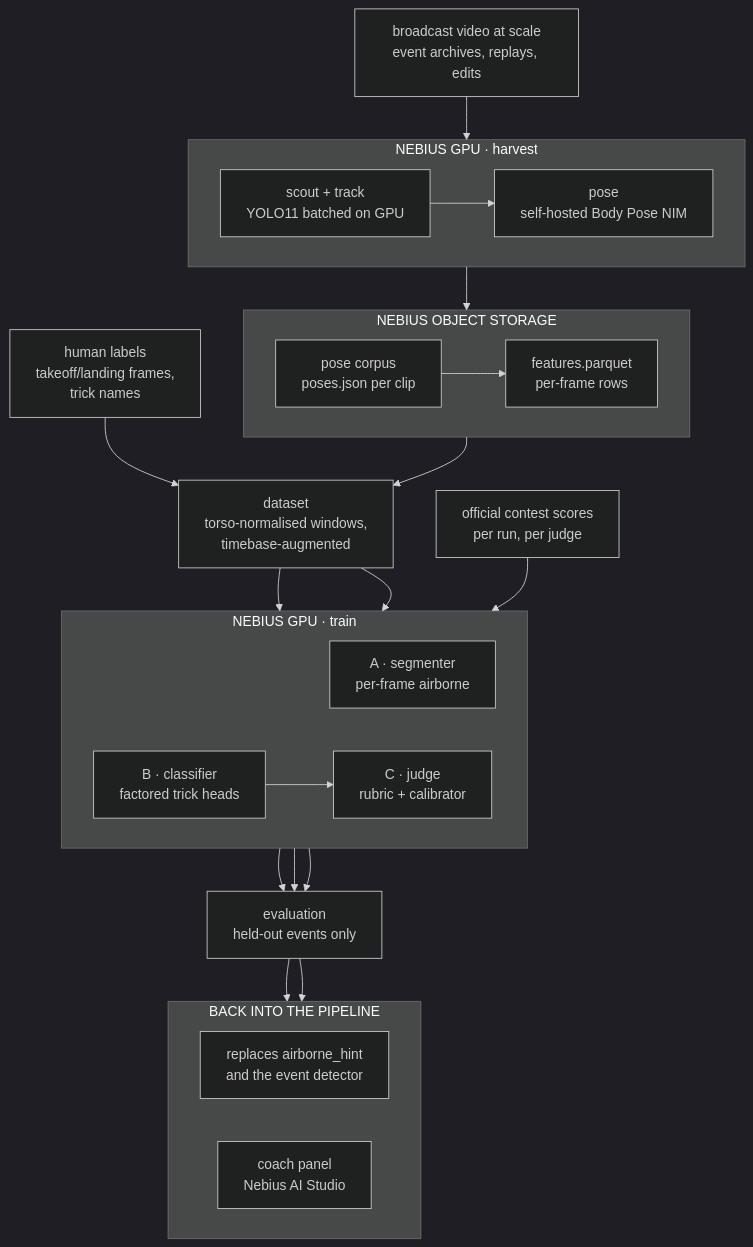
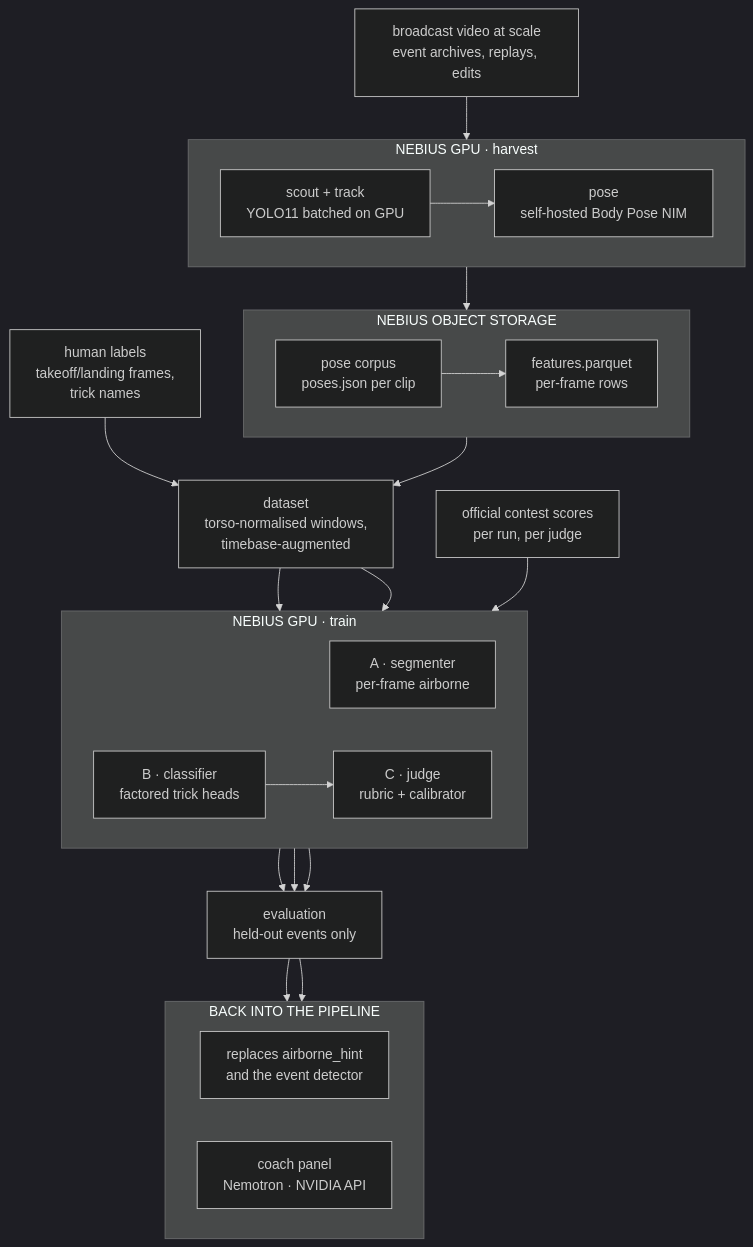
One commit to chostudio/snow changed the second of 3 diagrams in docs/training.md. Above: the diagram before and after it, drawn with Mermaid (dark theme). The commit also changed 4 other files, not shown here.

First line of the commit message:
docs: the Nemotron coach, and what now leaves the machine

````diff
--- a/docs/training.md
+++ b/docs/training.md
@@ -69,52 +69,52 @@
 ```mermaid
 flowchart TB
     SRC["broadcast video at scale<br/>event archives, replays, edits"]
 
     subgraph HARVEST["NEBIUS GPU · harvest"]
         direction LR
         P1["scout + track<br/>YOLO11 batched on GPU"]
         P2["pose<br/>self-hosted Body Pose NIM"]
         P1 --> P2
     end
 
     subgraph STORE["NEBIUS OBJECT STORAGE"]
         direction LR
         D1["pose corpus<br/>poses.json per clip"]
         D2["features.parquet<br/>per-frame rows"]
     end
 
     LABEL["human labels<br/>takeoff/landing frames,<br/>trick names"]
 
     DS["dataset<br/>torso-normalised windows,<br/>timebase-augmented"]
 
     subgraph TRAIN["NEBIUS GPU · train"]
         direction LR
         M1["A · segmenter<br/>per-frame airborne"]
         M2["B · classifier<br/>factored trick heads"]
         M3["C · judge<br/>rubric + calibrator"]
         M2 --> M3
     end
 
     SCORES["official contest scores<br/>per run, per judge"]
 
     EVAL["evaluation<br/>held-out events only"]
 
     subgraph SHIP["BACK INTO THE PIPELINE"]
         direction LR
         S1["replaces airborne_hint<br/>and the event detector"]
-        S2["coach panel<br/>Nebius AI Studio"]
+        S2["coach panel<br/>Nemotron · NVIDIA API"]
     end
 
     SRC --> P1
     P2 --> D1 --> D2
     D2 --> DS
     LABEL --> DS
     DS --> M1
     DS --> M2
     M1 --> EVAL
     M2 --> EVAL
     SCORES --> M3
     M3 --> EVAL
     EVAL --> S1
     EVAL --> S2
 ```
````
